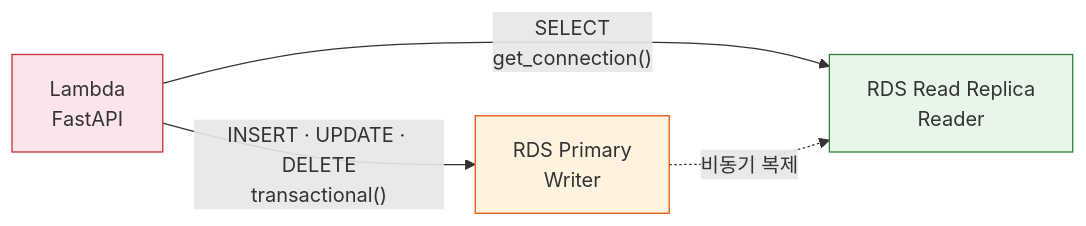
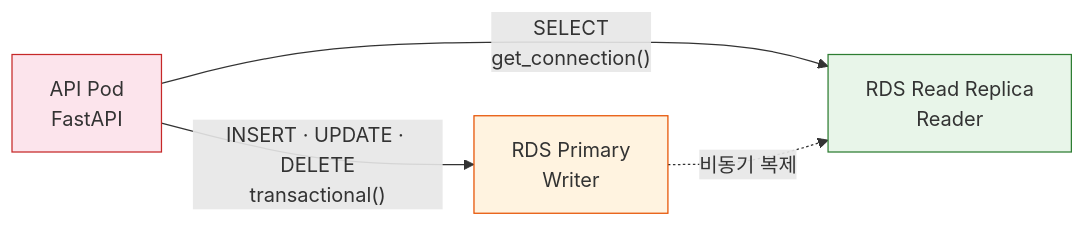
One commit to 80-hours-a-week/2-cho-community-be changed diagram 15 of 18 in report.md. Above: the diagram before and after it, drawn with Mermaid. The commit also changed other lines of this file, not shown here.

First line of the commit message:
docs: report.md Lambda→K8s 아키텍처 전면 갱신

````diff
--- a/report.md
+++ b/report.md
@@ -799,12 +732,12 @@
 ```mermaid
 flowchart LR
-    Lambda["Lambda<br/>FastAPI"]
+    API["API Pod<br/>FastAPI"]
 
-    Lambda -->|"INSERT · UPDATE · DELETE<br/>transactional()"| Primary["RDS Primary<br/>Writer"]
-    Lambda -->|"SELECT<br/>get_connection()"| Replica["RDS Read Replica<br/>Reader"]
+    API -->|"INSERT · UPDATE · DELETE<br/>transactional()"| Primary["RDS Primary<br/>Writer"]
+    API -->|"SELECT<br/>get_connection()"| Replica["RDS Read Replica<br/>Reader"]
     Primary -. "비동기 복제" .-> Replica
 
-    style Lambda fill:#fce4ec,stroke:#c62828
+    style API fill:#fce4ec,stroke:#c62828
     style Primary fill:#fff3e0,stroke:#e65100
     style Replica fill:#e8f5e9,stroke:#2e7d32
 ```
````
